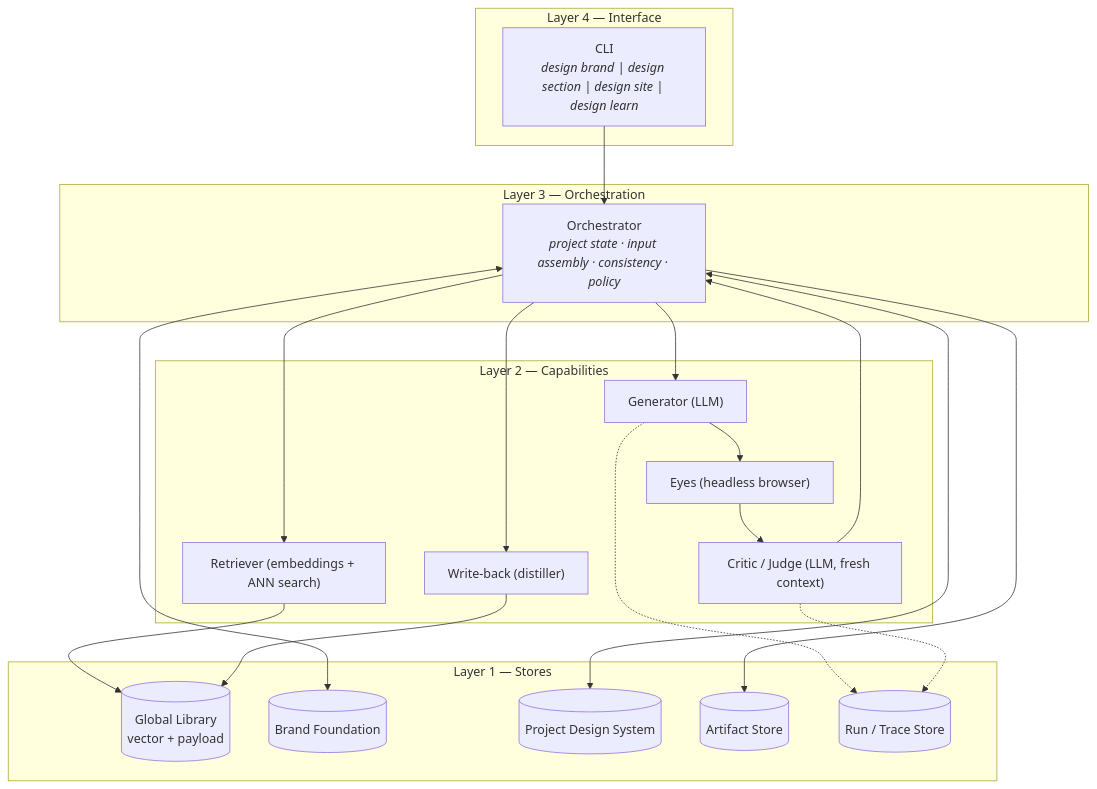
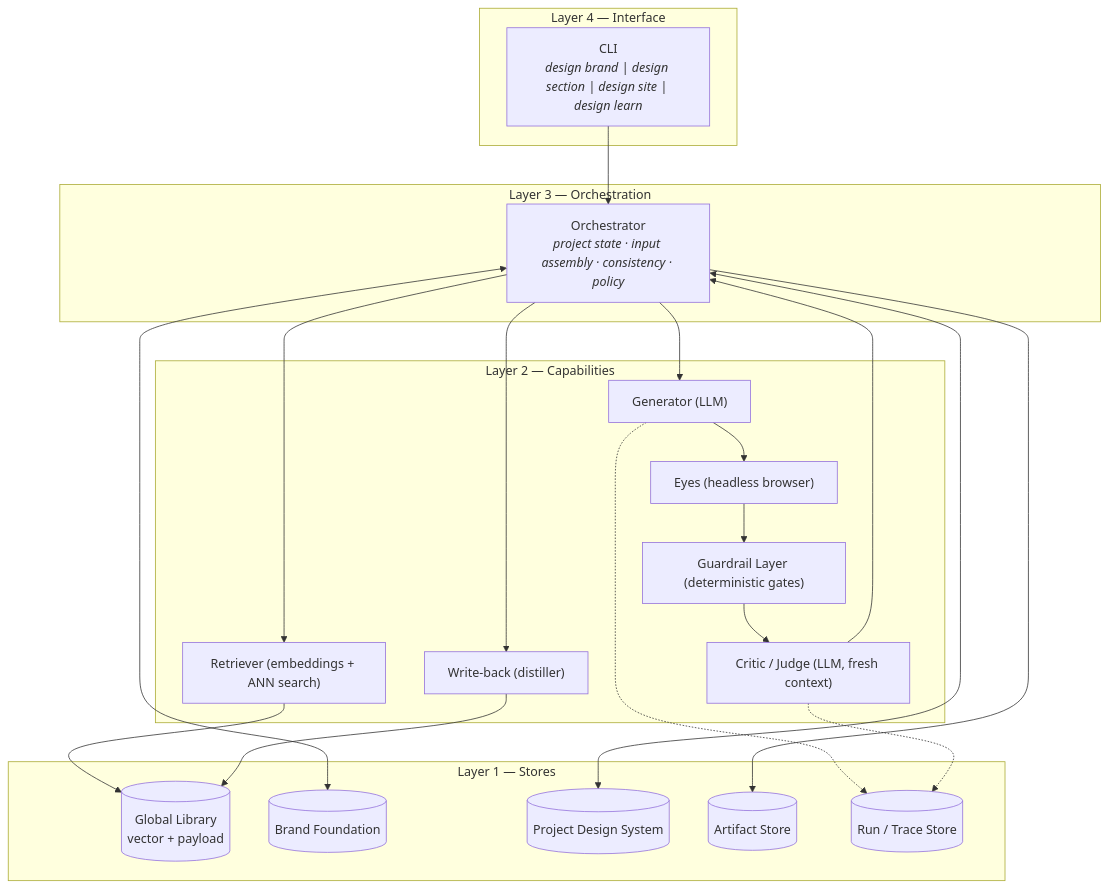
One commit to dev8xofficial/TroopHunter changed the first of 2 diagrams in autonomous-design-engine/spec/02-architecture.md. Above: the diagram before and after it, drawn with Mermaid. The commit also changed other lines of this file and 82 other files, not shown here.

````diff
--- a/autonomous-design-engine/spec/02-architecture.md
+++ b/autonomous-design-engine/spec/02-architecture.md
@@ -11,33 +11,34 @@
 ```mermaid
 flowchart TB
     subgraph L4["Layer 4 — Interface"]
         CLI["CLI<br/><i>design brand | design section | design site | design learn</i>"]
     end
     subgraph L3["Layer 3 — Orchestration"]
         ORCH["Orchestrator<br/><i>project state · input assembly · consistency · policy</i>"]
     end
     subgraph L2["Layer 2 — Capabilities"]
         GEN["Generator (LLM)"]
         CRIT["Critic / Judge (LLM, fresh context)"]
         EYES["Eyes (headless browser)"]
+        GUARD["Guardrail Layer (deterministic gates)"]
         RET["Retriever (embeddings + ANN search)"]
         WB["Write-back (distiller)"]
     end
     subgraph L1["Layer 1 — Stores"]
         LIB[("Global Library<br/>vector + payload")]
         BRAND[("Brand Foundation")]
         PDS[("Project Design System")]
         ART[("Artifact Store")]
         TRACE[("Run / Trace Store")]
     end
 
     CLI --> ORCH
-    ORCH --> GEN --> EYES --> CRIT --> ORCH
+    ORCH --> GEN --> EYES --> GUARD --> CRIT --> ORCH
     ORCH --> RET --> LIB
     ORCH --> WB --> LIB
     ORCH <--> BRAND
     ORCH <--> PDS
     ORCH --> ART
     GEN -.-> TRACE
     CRIT -.-> TRACE
 ```
````
